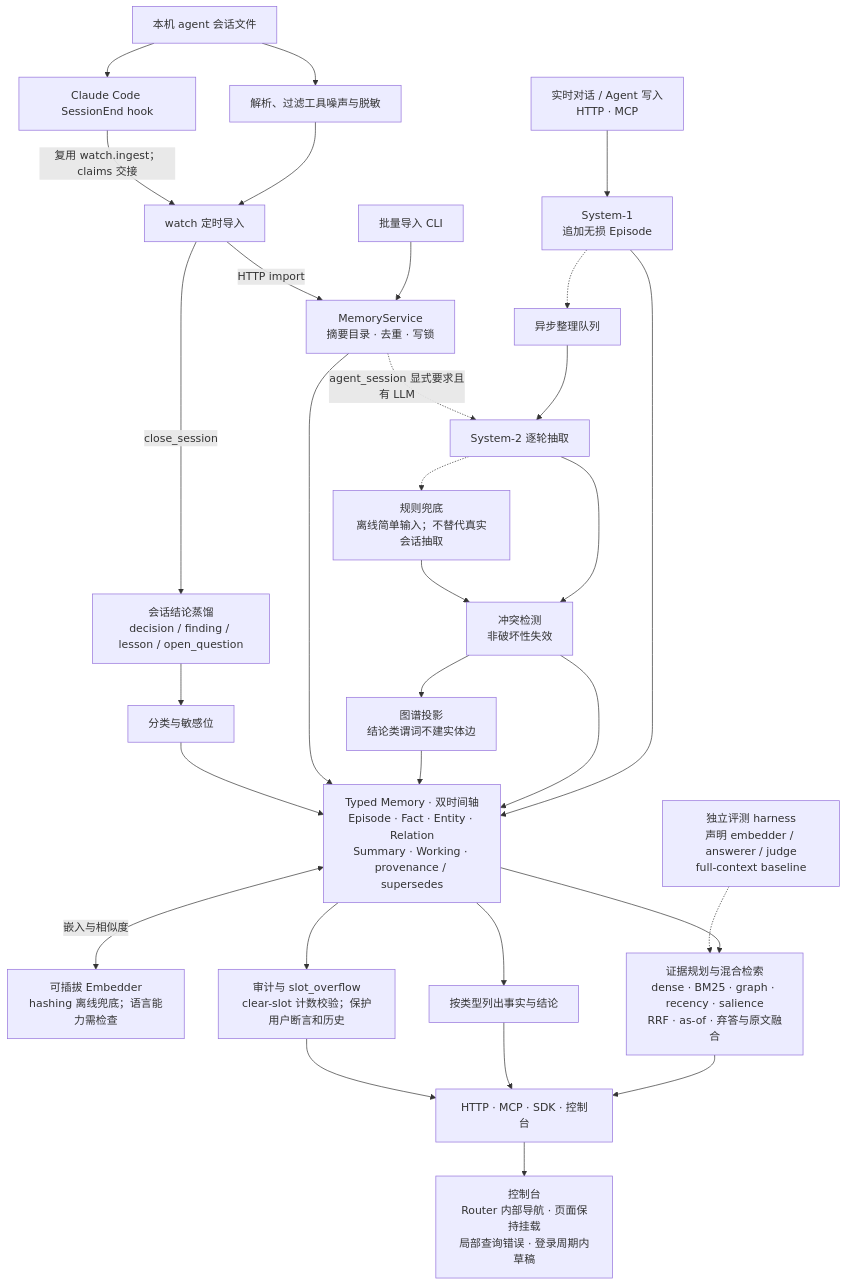
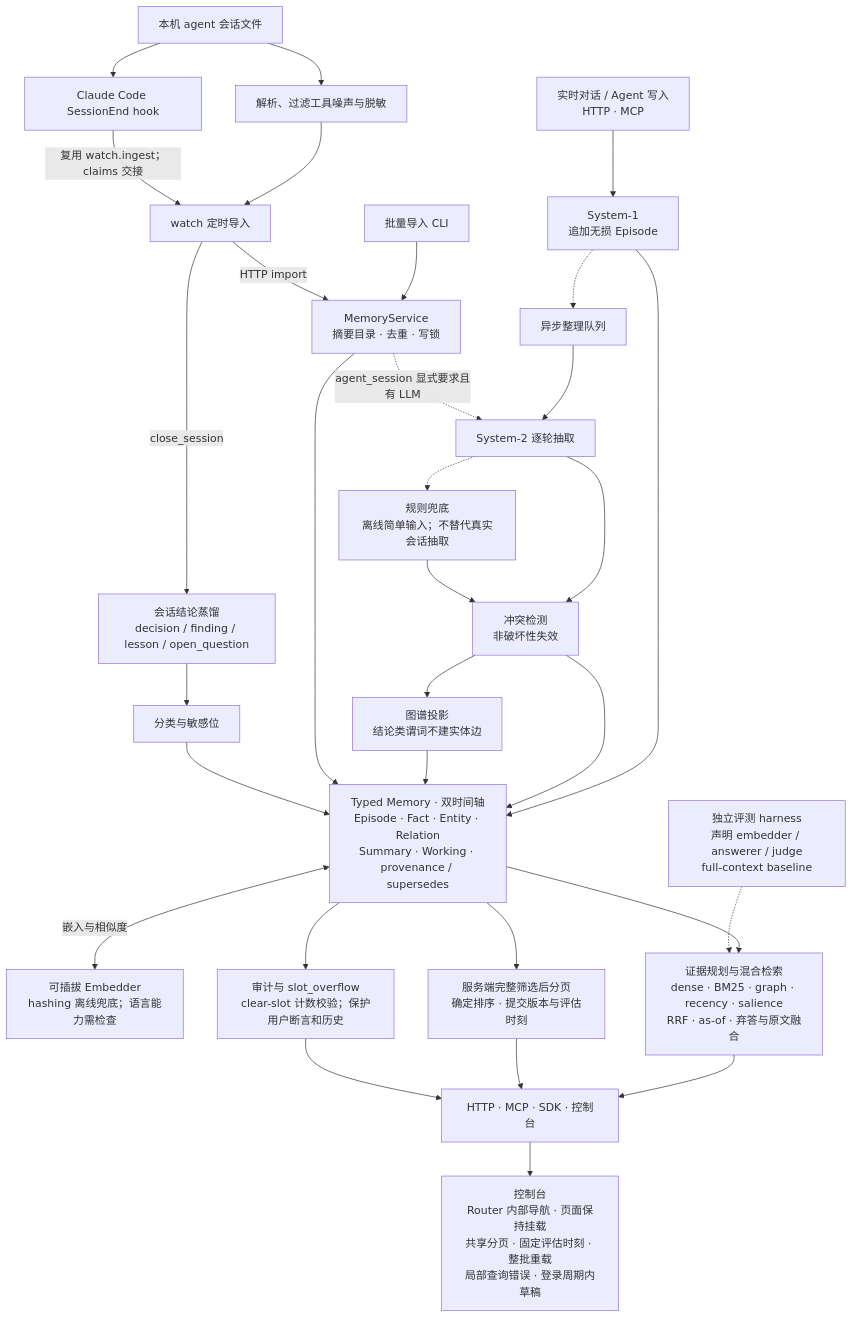
One commit to NotZhu/MnemoTrace changed the diagram in docs/architecture-optimization-map.zh-CN.md. Above: the diagram before and after it, drawn with Mermaid. The commit also changed other lines of this file and 44 other files, not shown here.

````diff
--- a/docs/architecture-optimization-map.zh-CN.md
+++ b/docs/architecture-optimization-map.zh-CN.md
@@ -27,34 +27,34 @@
 ```mermaid
 flowchart TD
   LIVE["实时对话 / Agent 写入<br/>HTTP · MCP"] --> S1["System-1<br/>追加无损 Episode"]
   S1 --> CORE["Typed Memory · 双时间轴<br/>Episode · Fact · Entity · Relation<br/>Summary · Working · provenance / supersedes"]
   S1 -.-> Q["异步整理队列"]
   Q --> EXT["System-2 逐轮抽取"]
   EXT -.-> RULE["规则兜底<br/>离线简单输入；不替代真实会话抽取"]
   EXT --> CF["冲突检测<br/>非破坏性失效"]
   RULE --> CF
   CF --> GB["图谱投影<br/>结论类谓词不建实体边"]
   CF --> CORE
   GB --> CORE
 
   SESS["本机 agent 会话文件"] --> PARSE["解析、过滤工具噪声与脱敏"]
   PARSE --> WATCH["watch 定时导入"]
   SESS --> HOOK["Claude Code SessionEnd hook"]
   HOOK -->|"复用 watch.ingest；claims 交接"| WATCH
   IMPORT["批量导入 CLI"] --> SERVICE["MemoryService<br/>摘要目录 · 去重 · 写锁"]
   WATCH -->|"HTTP import"| SERVICE
   SERVICE --> CORE
   SERVICE -.->|"agent_session 显式要求且有 LLM"| EXT
   WATCH -->|"close_session"| OUT["会话结论蒸馏<br/>decision / finding / lesson / open_question"]
   OUT --> CLS["分类与敏感位"] --> CORE
 
   CORE <-->|"嵌入与相似度"| EMB["可插拔 Embedder<br/>hashing 离线兜底；语言能力需检查"]
   CORE --> READ["证据规划与混合检索<br/>dense · BM25 · graph · recency · salience<br/>RRF · as-of · 弃答与原文融合"]
-  CORE --> LIST["按类型列出事实与结论"]
+  CORE --> LIST["服务端完整筛选后分页<br/>确定排序 · 提交版本与评估时刻"]
   CORE --> AUDIT["审计与 slot_overflow<br/>clear-slot 计数校验；保护用户断言和历史"]
   READ --> CLIENT["HTTP · MCP · SDK · 控制台"]
   LIST --> CLIENT
   AUDIT --> CLIENT
-  CLIENT --> UI["控制台<br/>Router 内部导航 · 页面保持挂载<br/>局部查询错误 · 登录周期内草稿"]
+  CLIENT --> UI["控制台<br/>Router 内部导航 · 页面保持挂载<br/>共享分页 · 固定评估时刻 · 整批重载<br/>局部查询错误 · 登录周期内草稿"]
   BENCH["独立评测 harness<br/>声明 embedder / answerer / judge<br/>full-context baseline"] -.-> READ
 ```
````
